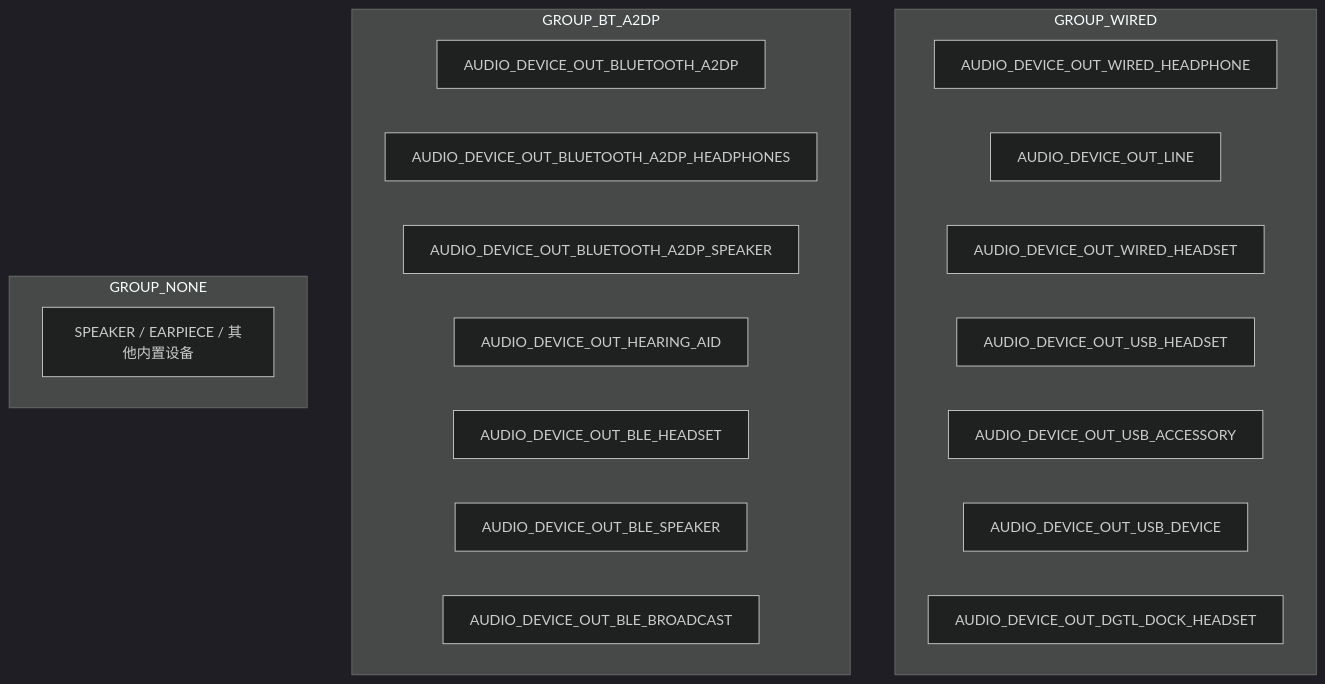
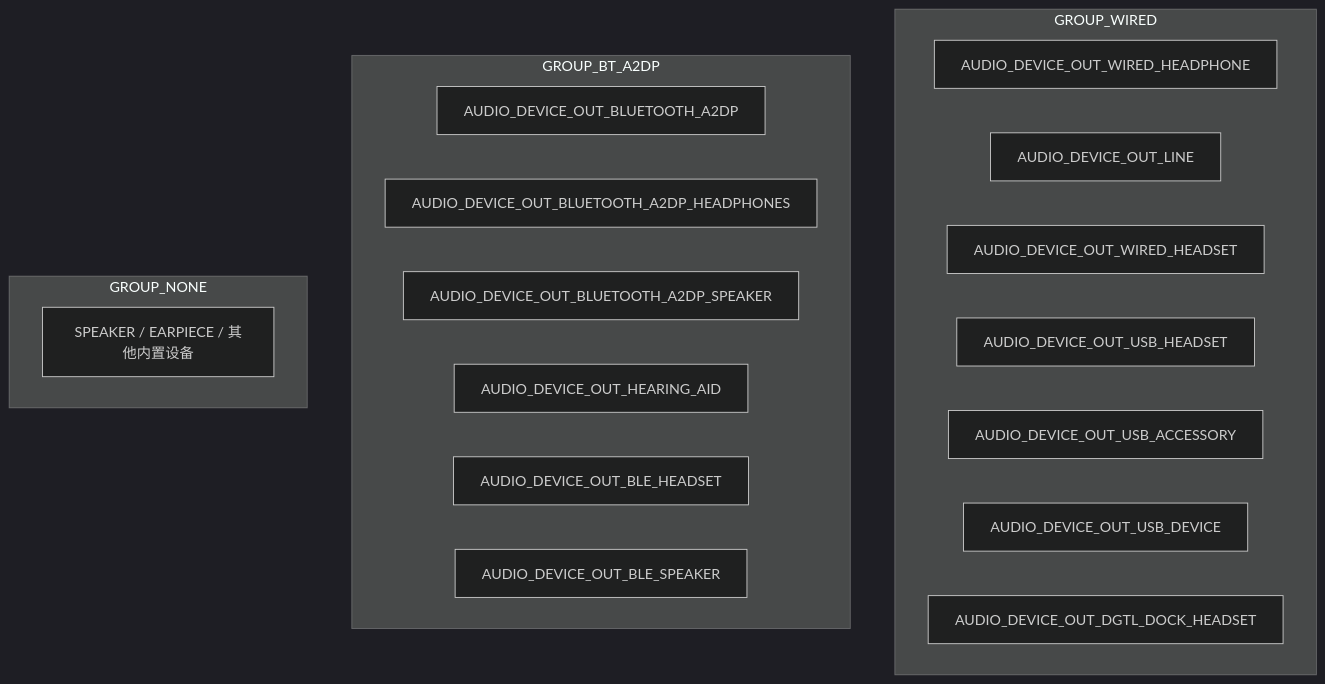
The second of 7 diagrams in 06_Audio_Policy_Engine/06_6.13_LastRemovableMediaDevices-可移除设备追踪.md (yanglinzhen1022/SA8295_AAOS_QNX_Audio_KnowledgeBase), drawn with Mermaid (dark theme) before and after one commit. The commit also changed other lines of this file and 11 other files, not shown here.

````diff
--- a/06_Audio_Policy_Engine/06_6.13_LastRemovableMediaDevices-可移除设备追踪.md
+++ b/06_Audio_Policy_Engine/06_6.13_LastRemovableMediaDevices-可移除设备追踪.md
@@ -105,26 +106,25 @@
 ```mermaid
 flowchart TB
     subgraph GROUP_WIRED
         W1[AUDIO_DEVICE_OUT_WIRED_HEADPHONE]
         W2[AUDIO_DEVICE_OUT_LINE]
         W3[AUDIO_DEVICE_OUT_WIRED_HEADSET]
         W4[AUDIO_DEVICE_OUT_USB_HEADSET]
         W5[AUDIO_DEVICE_OUT_USB_ACCESSORY]
         W6[AUDIO_DEVICE_OUT_USB_DEVICE]
         W7[AUDIO_DEVICE_OUT_DGTL_DOCK_HEADSET]
     end
 
     subgraph GROUP_BT_A2DP
         B1[AUDIO_DEVICE_OUT_BLUETOOTH_A2DP]
         B2[AUDIO_DEVICE_OUT_BLUETOOTH_A2DP_HEADPHONES]
         B3[AUDIO_DEVICE_OUT_BLUETOOTH_A2DP_SPEAKER]
         B4[AUDIO_DEVICE_OUT_HEARING_AID]
         B5[AUDIO_DEVICE_OUT_BLE_HEADSET]
         B6[AUDIO_DEVICE_OUT_BLE_SPEAKER]
-        B7[AUDIO_DEVICE_OUT_BLE_BROADCAST]
     end
 
     subgraph GROUP_NONE
         N1[SPEAKER / EARPIECE / 其他内置设备]
     end
 ```
````
